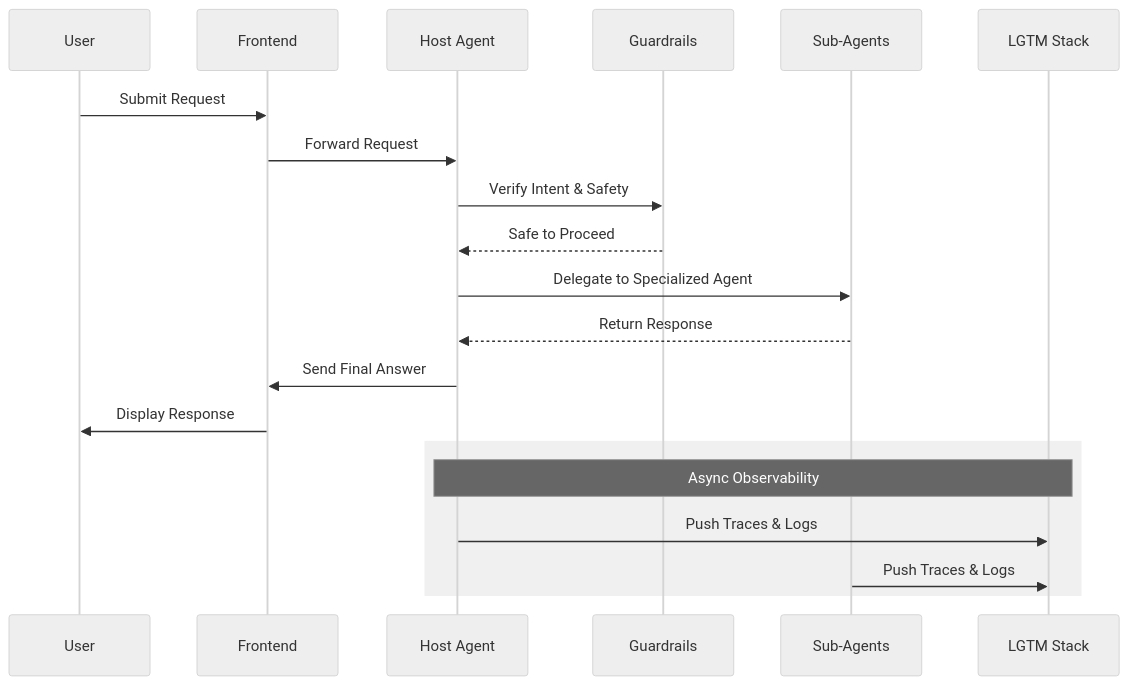
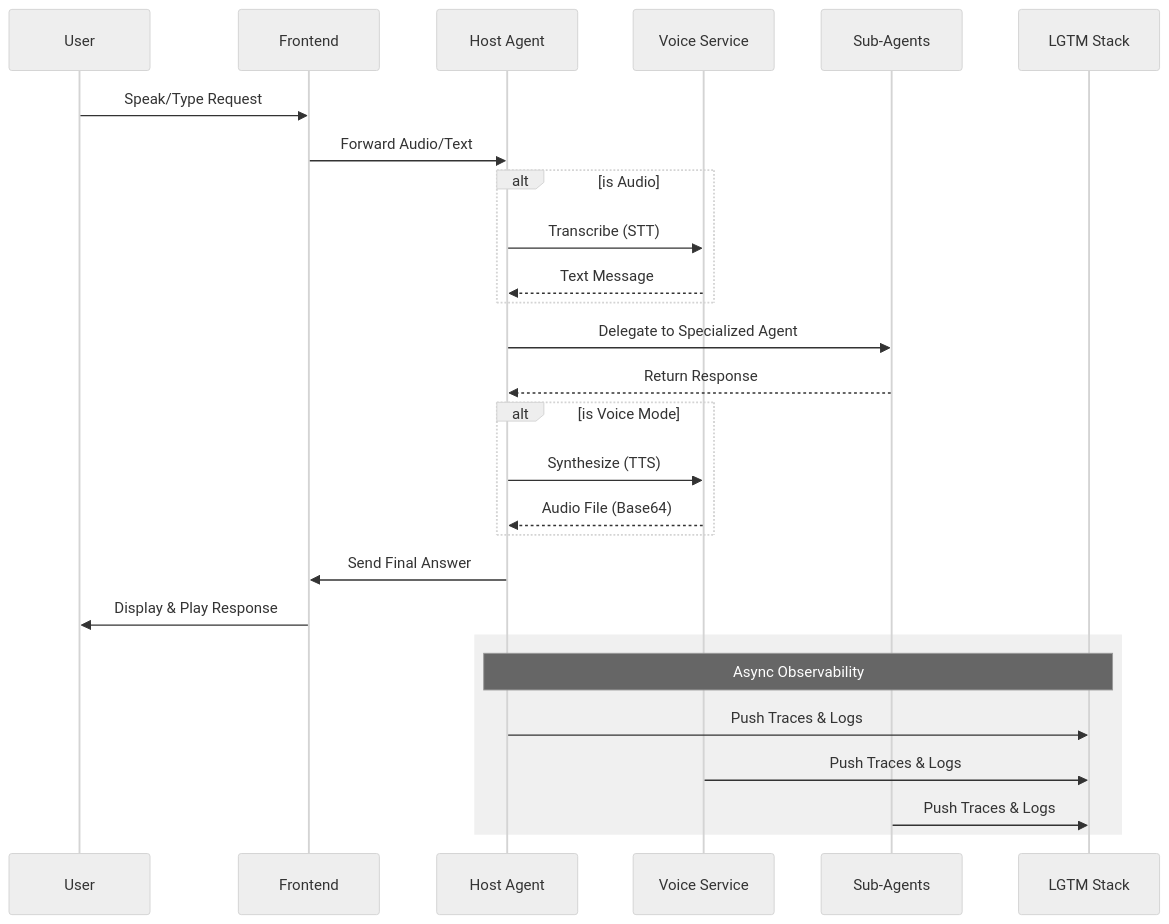
Before and after one commit to Hany-Erfan/FinAI: the second of 2 diagrams in README.md, drawn with Mermaid (neutral theme). The commit also changed other lines of this file and 16 other files, not shown here.

Commit message:
added voice service

````diff
--- a/README.md
+++ b/README.md
@@ -47,24 +55,31 @@
 ```mermaid
 sequenceDiagram
     participant U as User
     participant F as Frontend
     participant H as Host Agent
-    participant G as Guardrails
+    participant V as Voice Service
     participant S as Sub-Agents
     participant O as LGTM Stack
 
-    U->>F: Submit Request
-    F->>H: Forward Request
-    H->>G: Verify Intent & Safety
-    G-->>H: Safe to Proceed
+    U->>F: Speak/Type Request
+    F->>H: Forward Audio/Text
+    alt is Audio
+        H->>V: Transcribe (STT)
+        V-->>H: Text Message
+    end
     H->>S: Delegate to Specialized Agent
     S-->>H: Return Response
+    alt is Voice Mode
+        H->>V: Synthesize (TTS)
+        V-->>H: Audio File (Base64)
+    end
     H->>F: Send Final Answer
-    F->>U: Display Response
+    F->>U: Display & Play Response
     
     rect rgb(240, 240, 240)
     Note over H, O: Async Observability
     H->>O: Push Traces & Logs
+    V->>O: Push Traces & Logs
     S->>O: Push Traces & Logs
     end
 ```
````
